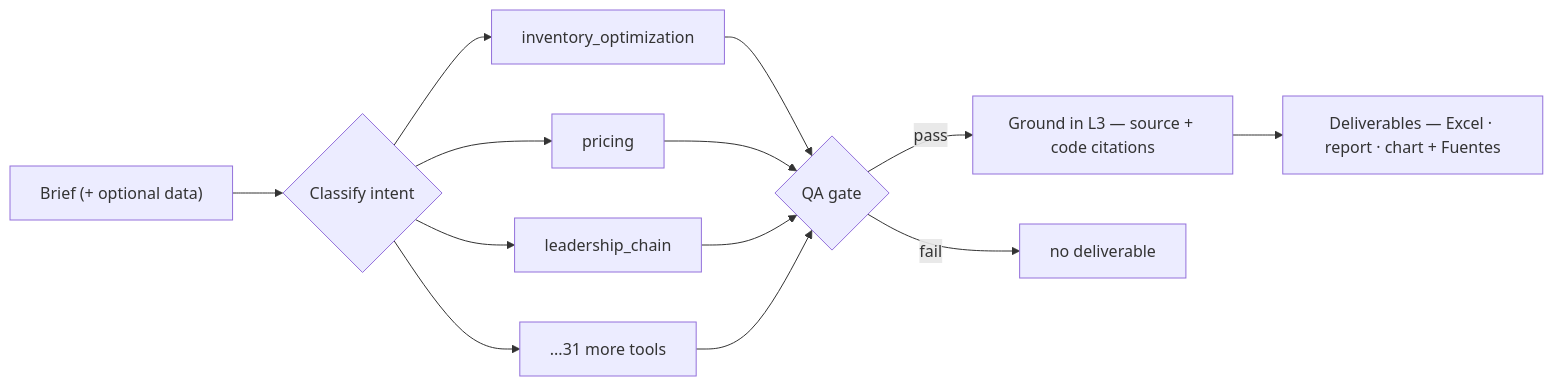
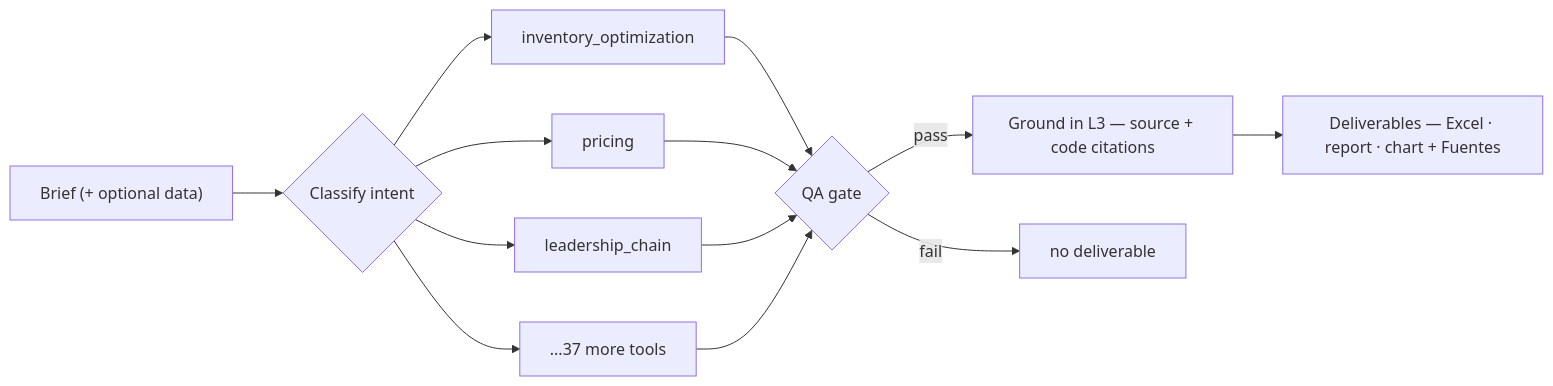
One commit to esstipi-debug/kern changed the first of 2 diagrams in README.md. Above: the diagram before and after it, drawn with Mermaid. The commit also changed other lines of this file and 12 other files, not shown here.

````diff
--- a/README.md
+++ b/README.md
@@ -28,15 +28,15 @@
 ```mermaid
 flowchart LR
   A["Brief (+ optional data)"] --> C{"Classify intent"}
   C --> I["inventory_optimization"]
   C --> P["pricing"]
   C --> L["leadership_chain"]
-  C --> M["...31 more tools"]
+  C --> M["...37 more tools"]
   I --> Q{"QA gate"}
   P --> Q
   L --> Q
   M --> Q
   Q -->|pass| G["Ground in L3 — source + code citations"]
   G --> D["Deliverables — Excel · report · chart + Fuentes"]
   Q -->|fail| N["no deliverable"]
 ```
````
